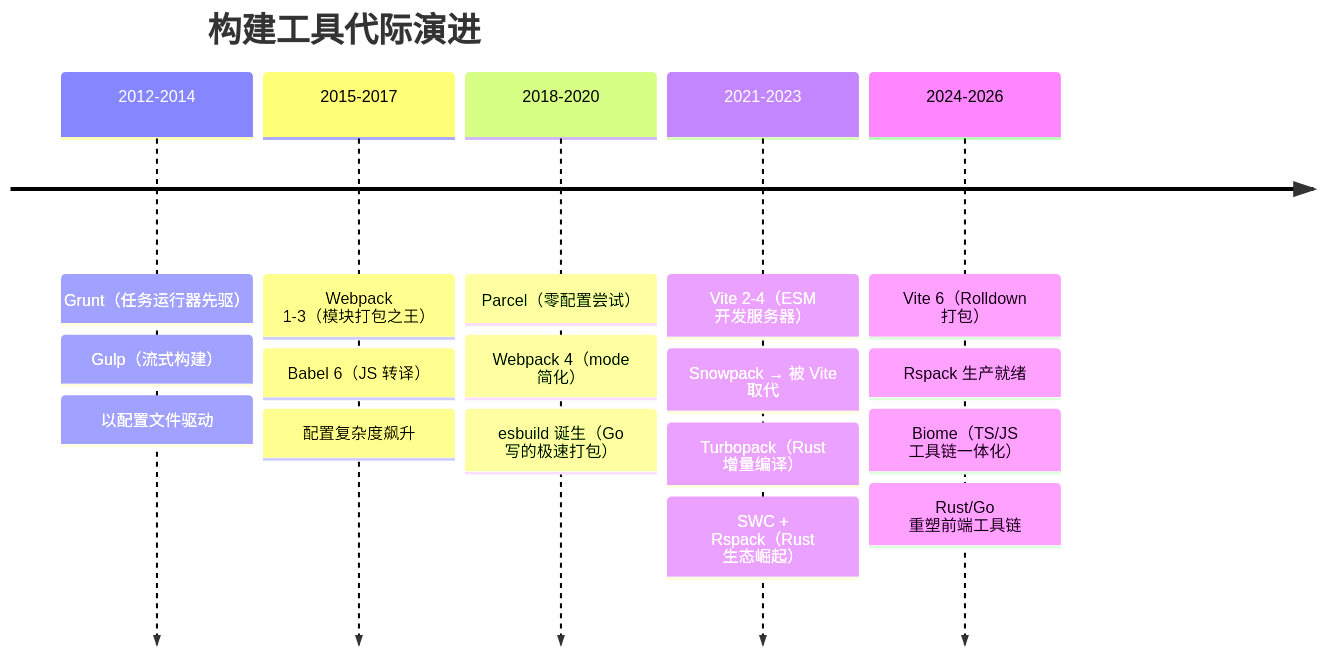
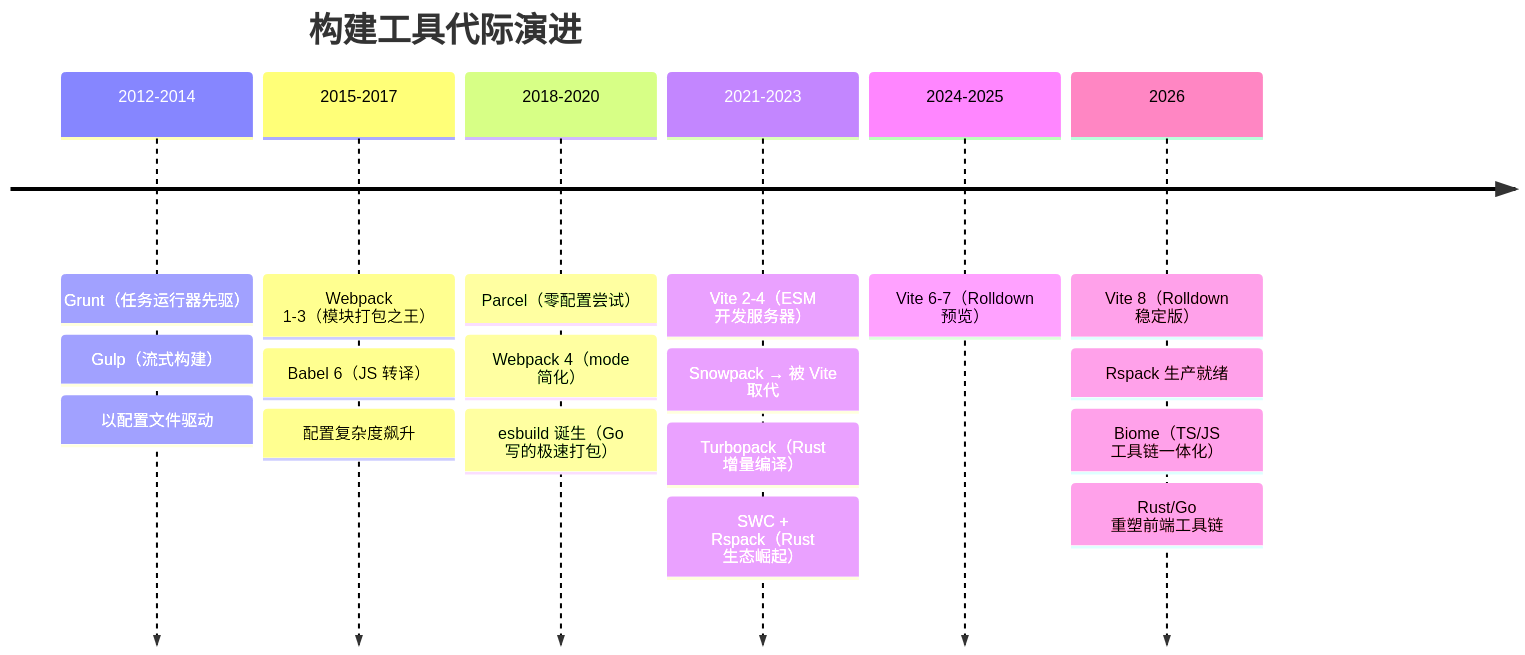
One commit to KMaybe01/common changed the second of 58 diagrams in S3-进阶提升/03-前端工程化.md. Above: the diagram before and after it, drawn with Mermaid. The commit also changed other lines of this file and 9 other files, not shown here.

````diff
--- a/S3-进阶提升/03-前端工程化.md
+++ b/S3-进阶提升/03-前端工程化.md
@@ -52,21 +52,22 @@
 ```mermaid
 timeline
     title 构建工具代际演进
     2012-2014 : Grunt（任务运行器先驱）
               : Gulp（流式构建）
               : 以配置文件驱动
     2015-2017 : Webpack 1-3（模块打包之王）
               : Babel 6（JS 转译）
               : 配置复杂度飙升
     2018-2020 : Parcel（零配置尝试）
               : Webpack 4（mode 简化）
               : esbuild 诞生（Go 写的极速打包）
     2021-2023 : Vite 2-4（ESM 开发服务器）
               : Snowpack → 被 Vite 取代
               : Turbopack（Rust 增量编译）
               : SWC + Rspack（Rust 生态崛起）
-    2024-2026 : Vite 6（Rolldown 打包）
+     2024-2025 : Vite 6-7（Rolldown 预览）
+     2026 : Vite 8（Rolldown 稳定版）
               : Rspack 生产就绪
               : Biome（TS/JS 工具链一体化）
               : Rust/Go 重塑前端工具链
 ```
````
